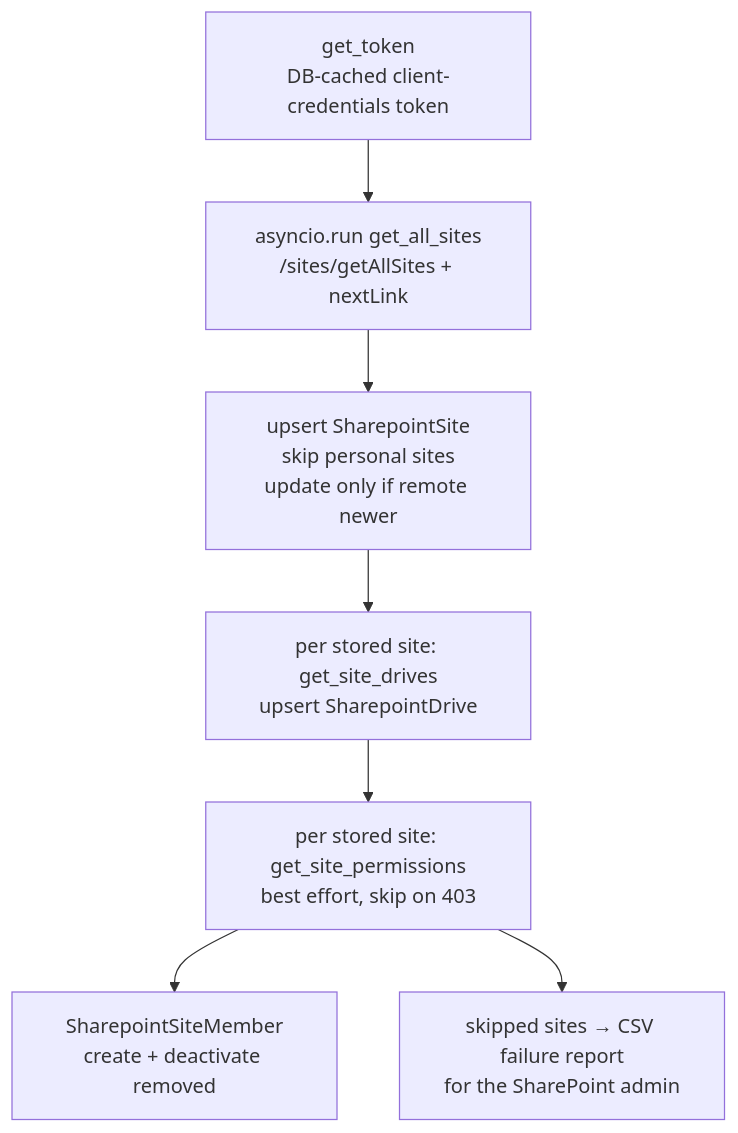
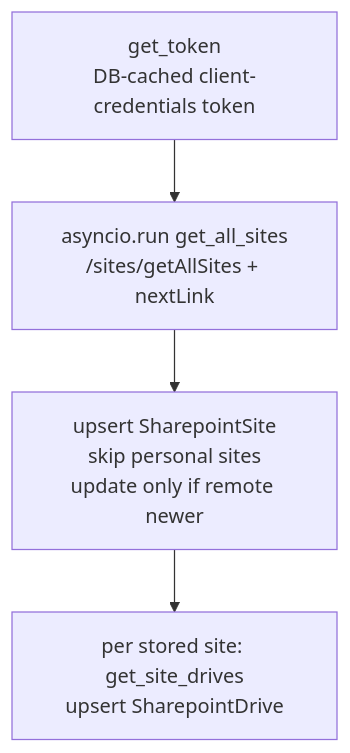
The diagram in src/pwms/docs/SharePoint Sync.md (gelie/pwms_project), drawn with Mermaid before and after one commit. The commit also changed other lines of this file and 14 other files, not shown here.

First line of the commit message:
Drop SharePoint site-member sync for manual curation

````diff
--- a/src/pwms/docs/SharePoint Sync.md
+++ b/src/pwms/docs/SharePoint Sync.md
@@ -106,9 +100,7 @@
 ```mermaid
 flowchart TD
     A[get_token<br/>DB-cached client-credentials token] --> B
     B[asyncio.run get_all_sites<br/>/sites/getAllSites + nextLink] --> C
     C[upsert SharepointSite<br/>skip personal sites<br/>update only if remote newer] --> D
-    D[per stored site: get_site_drives<br/>upsert SharepointDrive] --> E
-    E[per stored site: get_site_permissions<br/>best effort, skip on 403] --> F[SharepointSiteMember<br/>create + deactivate removed]
-    E --> G[skipped sites → CSV failure report<br/>for the SharePoint admin]
+    D[per stored site: get_site_drives<br/>upsert SharepointDrive]
 ```
````
